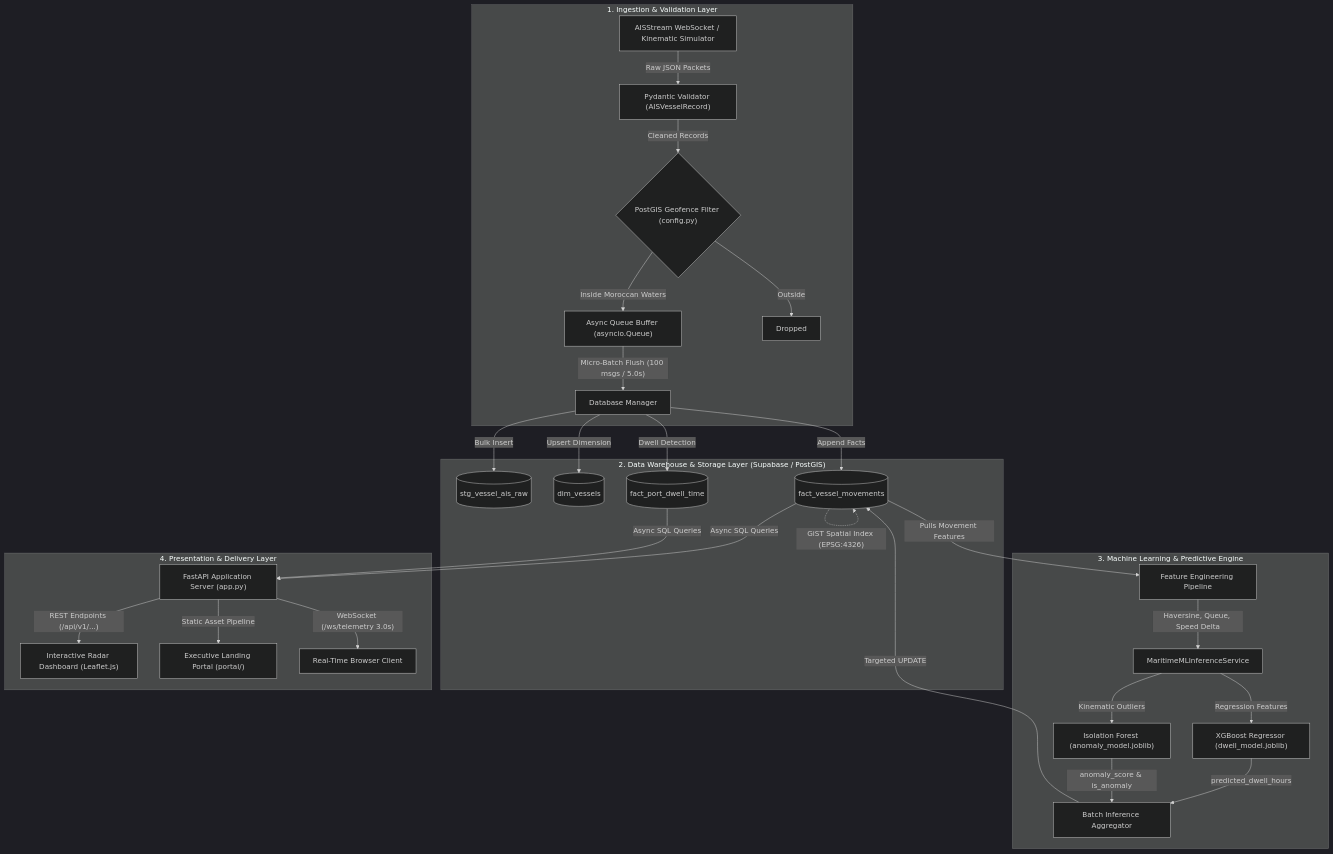
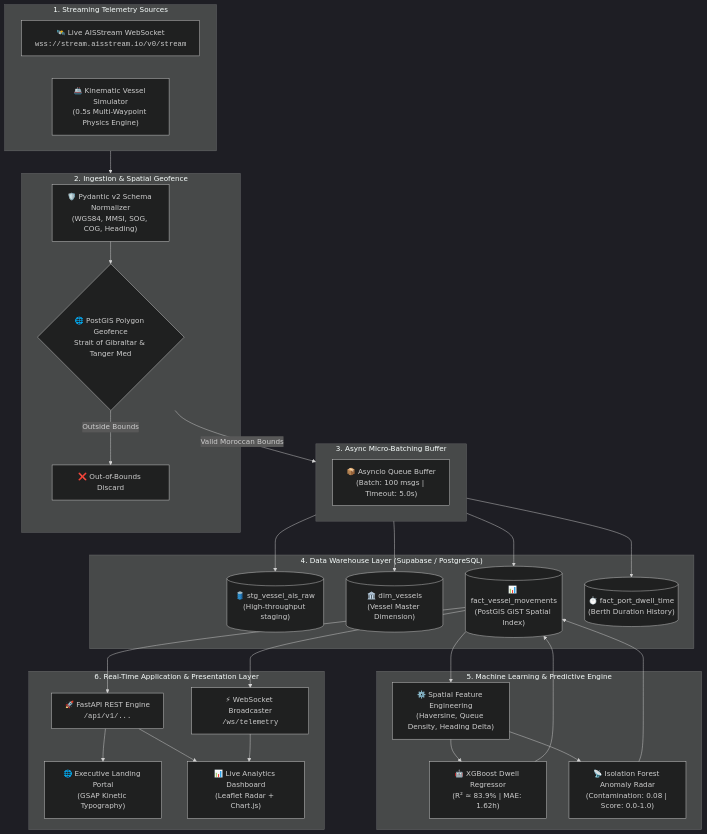
The diagram in README.md (zakariabahtani35-prog/tanger-med-maritime-intelligence), drawn with Mermaid (dark theme) before and after one commit. The commit also changed other lines of this file and 44 other files, not shown here.

````diff
--- a/README.md
+++ b/README.md
@@ -81,35 +186,56 @@
 ```mermaid
 flowchart TD
-    subgraph S1["1. Ingestion & Validation Layer"]
-        A1["AISStream WebSocket / Kinematic Simulator"] -->|"Raw JSON Packets"| B1["Pydantic Validator (AISVesselRecord)"]
-        B1 -->|"Cleaned Records"| C1{"PostGIS Geofence Filter (config.py)"}
-        C1 -->|"Inside Moroccan Waters"| D1["Async Queue Buffer (asyncio.Queue)"]
-        C1 -->|"Outside"| X1["Dropped"]
-        D1 -->|"Micro-Batch Flush (100 msgs / 5.0s)"| E1["Database Manager"]
+    subgraph SOURCES["1. Streaming Telemetry Sources"]
+        S1["🛰️ Live AISStream WebSocket<br/><code>wss://stream.aisstream.io/v0/stream</code>"]
+        S2["🚢 Kinematic Vessel Simulator<br/>(0.5s Multi-Waypoint Physics Engine)"]
     end
 
-    subgraph S2["2. Data Warehouse & Storage Layer (Supabase / PostGIS)"]
-        E1 -->|"Bulk Insert"| T1[("stg_vessel_ais_raw")]
-        E1 -->|"Upsert Dimension"| T2[("dim_vessels")]
-        E1 -->|"Append Facts"| T3[("fact_vessel_movements")]
-        E1 -->|"Dwell Detection"| T4[("fact_port_dwell_time")]
-        T3 -.->|"GiST Spatial Index (EPSG:4326)"| T3
+    subgraph VALIDATION["2. Ingestion & Spatial Geofence"]
+        V1["🛡️ Pydantic v2 Schema Normalizer<br/>(WGS84, MMSI, SOG, COG, Heading)"]
+        V2{"🌐 PostGIS Polygon Geofence<br/>Strait of Gibraltar & Tanger Med"}
+        V3["❌ Out-of-Bounds Discard"]
     end
 
-    subgraph S3["3. Machine Learning & Predictive Engine"]
-        T3 -->|"Pulls Movement Features"| ML1["Feature Engineering Pipeline"]
-        ML1 -->|"Haversine, Queue, Speed Delta"| ML2["MaritimeMLInferenceService"]
-        ML2 -->|"Regression Features"| M_DWELL["XGBoost Regressor (dwell_model.joblib)"]
-        ML2 -->|"Kinematic Outliers"| M_ANOM["Isolation Forest (anomaly_model.joblib)"]
-        M_DWELL -->|"predicted_dwell_hours"| ML_OUT["Batch Inference Aggregator"]
-        M_ANOM -->|"anomaly_score & is_anomaly"| ML_OUT
-        ML_OUT -->|"Targeted UPDATE"| T3
+    subgraph BUFFER["3. Async Micro-Batching Buffer"]
+        B1["📦 Asyncio Queue Buffer<br/>(Batch: 100 msgs | Timeout: 5.0s)"]
     end
 
-    subgraph S4["4. Presentation & Delivery Layer"]
-        T3 & T4 -->|"Async SQL Queries"| API["FastAPI Application Server (app.py)"]
-        API -->|"REST Endpoints (/api/v1/...)"| UI_DASH["Interactive Radar Dashboard (Leaflet.js)"]
-        API -->|"Static Asset Pipeline"| UI_PORTAL["Executive Landing Portal (portal/)"]
-        API -->|"WebSocket (/ws/telemetry 3.0s)"| WS_CLIENT["Real-Time Browser Client"]
+    subgraph STORAGE["4. Data Warehouse Layer (Supabase / PostgreSQL)"]
+        DB1[("🛢️ stg_vessel_ais_raw<br/>(High-throughput staging)")]
+        DB2[("🏛️ dim_vessels<br/>(Vessel Master Dimension)")]
+        DB3[("📊 fact_vessel_movements<br/>(PostGIS GiST Spatial Index)")]
+        DB4[("⏱️ fact_port_dwell_time<br/>(Berth Duration History)")]
     end
+
+    subgraph ANALYTICS["5. Machine Learning & Predictive Engine"]
+        FE["⚙️ Spatial Feature Engineering<br/>(Haversine, Queue Density, Heading Delta)"]
+        ML1["🤖 XGBoost Dwell Regressor<br/>(R² ≈ 83.9% | MAE: 1.62h)"]
+        ML2["📡 Isolation Forest Anomaly Radar<br/>(Contamination: 0.08 | Score: 0.0-1.0)"]
+    end
+
+    subgraph PRESENTATION["6. Real-Time Application & Presentation Layer"]
+        API["🚀 FastAPI REST Engine<br/><code>/api/v1/...</code>"]
+        WS["⚡ WebSocket Broadcaster<br/><code>/ws/telemetry</code>"]
+        UI1["🌐 Executive Landing Portal<br/>(GSAP Kinetic Typography)"]
+        UI2["📊 Live Analytics Dashboard<br/>(Leaflet Radar + Chart.js)"]
+    end
+
+    SOURCES --> VALIDATION
+    V1 --> V2
+    V2 -- Outside Bounds --> V3
+    V2 -- Valid Moroccan Bounds --> BUFFER
+    BUFFER --> DB1
+    BUFFER --> DB2
+    BUFFER --> DB3
+    BUFFER --> DB4
+    DB3 --> FE
+    FE --> ML1
+    FE --> ML2
+    ML1 --> DB3
+    ML2 --> DB3
+    DB3 --> API
+    DB3 --> WS
+    API --> UI1
+    API --> UI2
+    WS --> UI2
 ```
````
